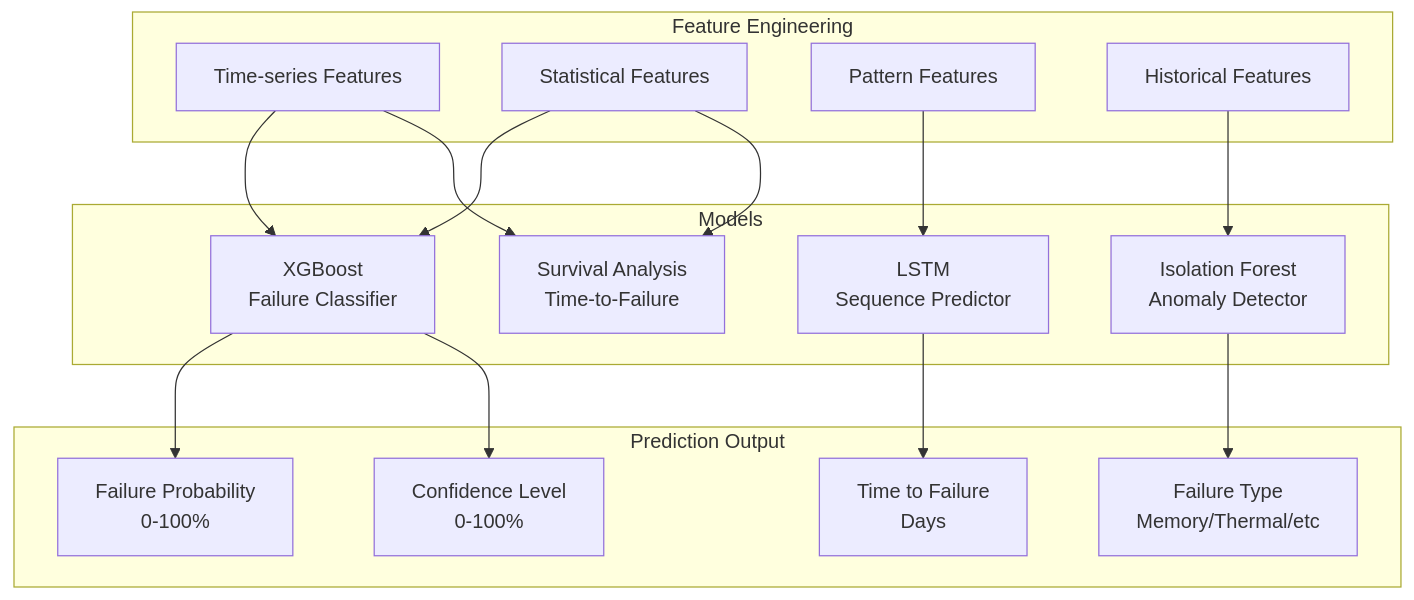
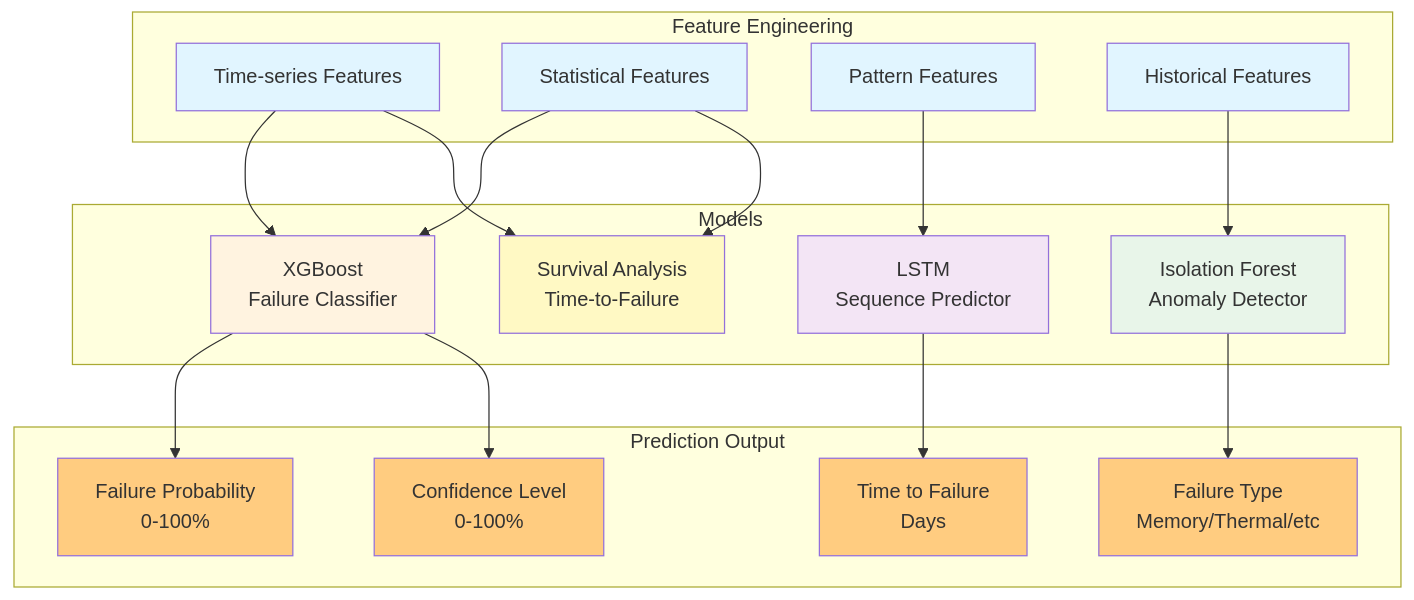
Before and after one commit to SolidRegardless/gpu-health-monitor: the fifth of 12 diagrams in gpu-health-system-architecture.md, drawn with Mermaid. The commit also changed other lines of this file, not shown here.

Commit message:
Add color-coded Mermaid diagrams to system architecture document

````diff
--- a/gpu-health-system-architecture.md
+++ b/gpu-health-system-architecture.md
@@ -323,36 +382,49 @@
 ```mermaid
 graph TB
     subgraph "Feature Engineering"
         F1[Time-series Features]
         F2[Statistical Features]
         F3[Pattern Features]
         F4[Historical Features]
     end
     
     subgraph "Models"
         M1[XGBoost<br/>Failure Classifier]
         M2[LSTM<br/>Sequence Predictor]
         M3[Isolation Forest<br/>Anomaly Detector]
         M4[Survival Analysis<br/>Time-to-Failure]
     end
     
     subgraph "Prediction Output"
         P1[Failure Probability<br/>0-100%]
         P2[Time to Failure<br/>Days]
         P3[Failure Type<br/>Memory/Thermal/etc]
         P4[Confidence Level<br/>0-100%]
     end
     
     F1 --> M1
     F2 --> M1
     F3 --> M2
     F4 --> M3
     
     F1 --> M4
     F2 --> M4
     
     M1 --> P1
     M2 --> P2
     M3 --> P3
     M1 --> P4
+    
+    style F1 fill:#e1f5ff
+    style F2 fill:#e1f5ff
+    style F3 fill:#e1f5ff
+    style F4 fill:#e1f5ff
+    style M1 fill:#fff3e0
+    style M2 fill:#f3e5f5
+    style M3 fill:#e8f5e9
+    style M4 fill:#fff9c4
+    style P1 fill:#ffcc80
+    style P2 fill:#ffcc80
+    style P3 fill:#ffcc80
+    style P4 fill:#ffcc80
 ```
````
